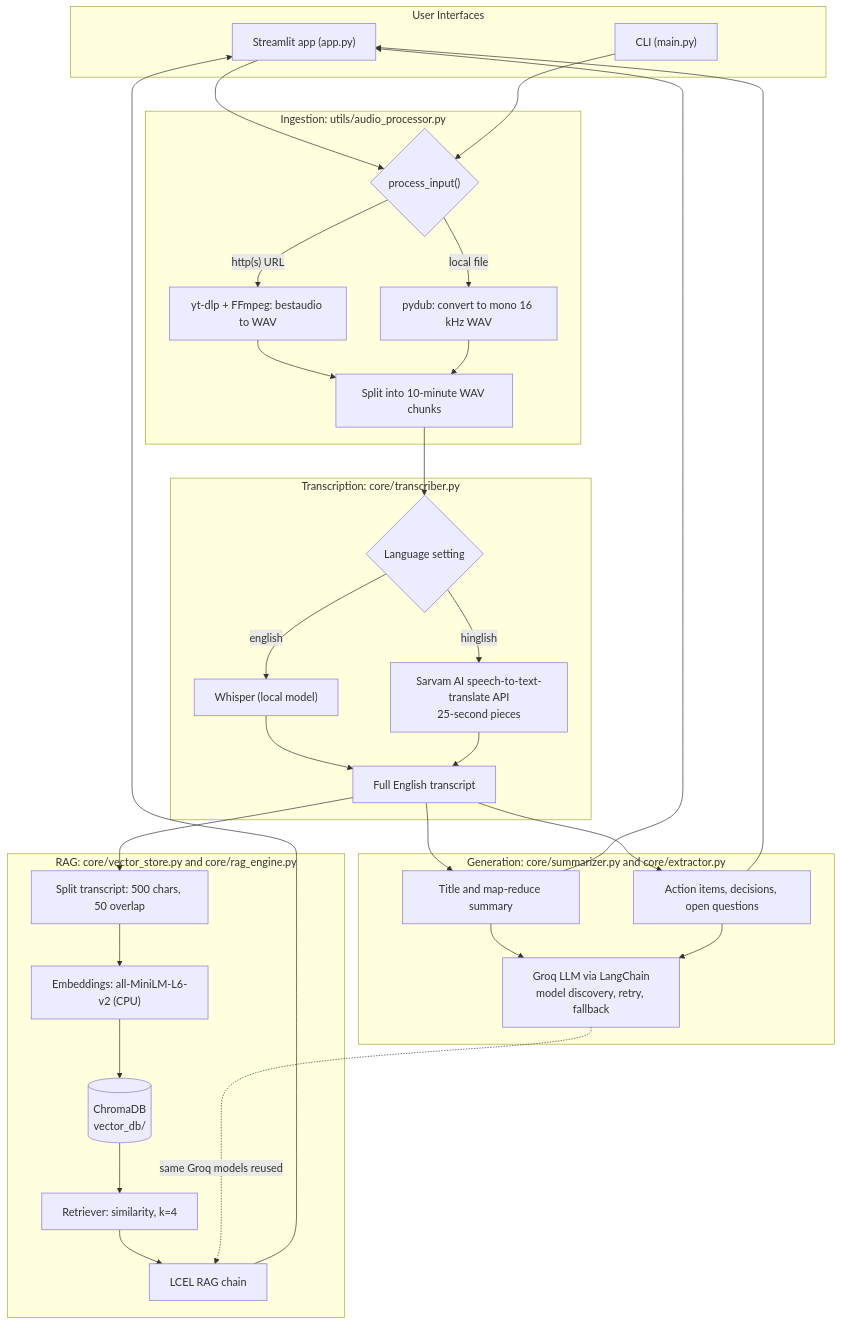
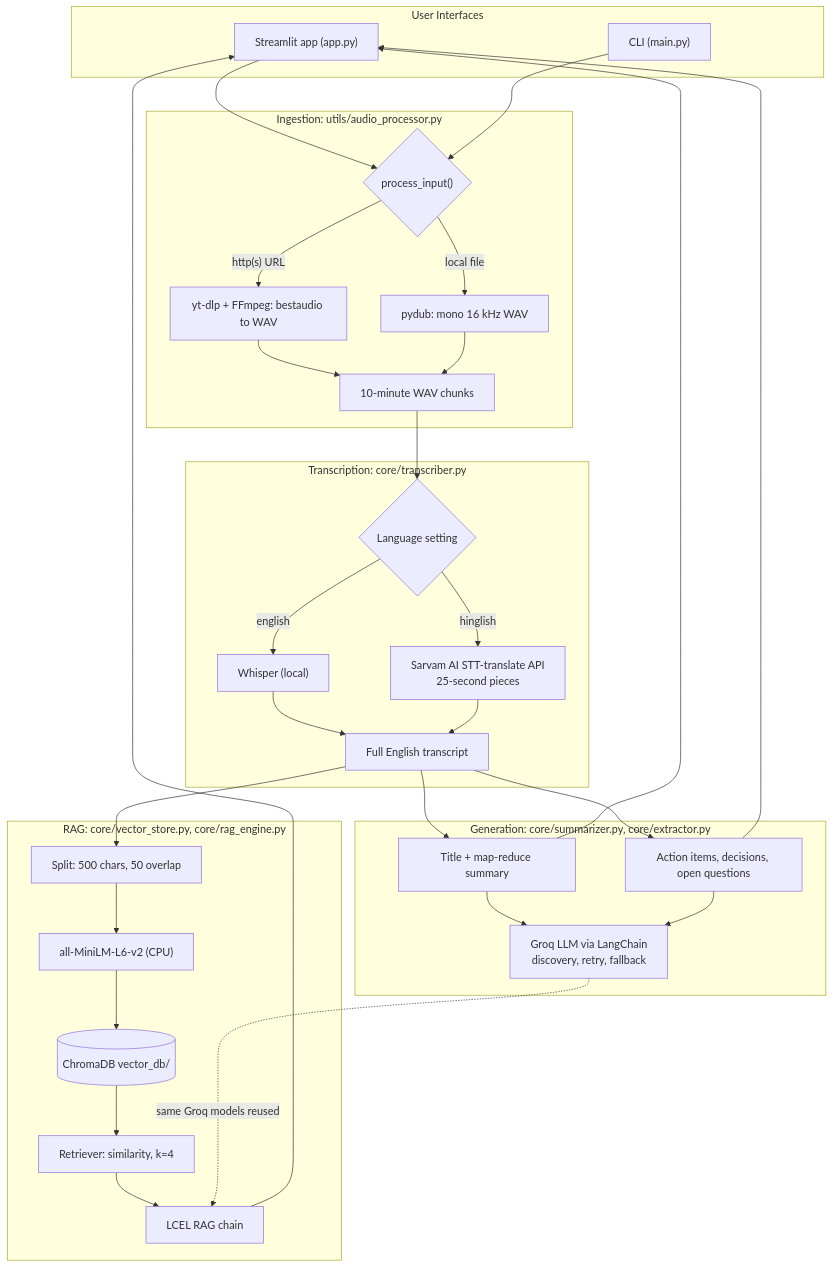
One commit to naveenkumar-analytics/AI-Video-Assistant changed the first of 3 diagrams in Readme.md. Above: the diagram before and after it, drawn with Mermaid. The commit also changed other lines of this file, not shown here.

````diff
--- a/Readme.md
+++ b/Readme.md
@@ -147,63 +51,49 @@
 ```mermaid
 flowchart TB
     subgraph UI["User Interfaces"]
         A["Streamlit app (app.py)"]
         B["CLI (main.py)"]
     end
-
     subgraph ING["Ingestion: utils/audio_processor.py"]
         P{"process_input()"}
         C["yt-dlp + FFmpeg: bestaudio to WAV"]
-        D["pydub: convert to mono 16 kHz WAV"]
-        E["Split into 10-minute WAV chunks"]
+        D["pydub: mono 16 kHz WAV"]
+        E["10-minute WAV chunks"]
     end
-
     subgraph STT["Transcription: core/transcriber.py"]
         L{"Language setting"}
-        W["Whisper (local model)"]
-        S["Sarvam AI speech-to-text-translate API<br/>25-second pieces"]
+        W["Whisper (local)"]
+        S["Sarvam AI STT-translate API<br/>25-second pieces"]
         T["Full English transcript"]
     end
-
-    subgraph GEN["Generation: core/summarizer.py and core/extractor.py"]
-        G["Groq LLM via LangChain<br/>model discovery, retry, fallback"]
-        SUM["Title and map-reduce summary"]
+    subgraph GEN["Generation: core/summarizer.py, core/extractor.py"]
+        G["Groq LLM via LangChain<br/>discovery, retry, fallback"]
+        SUM["Title + map-reduce summary"]
         EXT["Action items, decisions, open questions"]
     end
-
-    subgraph RAG["RAG: core/vector_store.py and core/rag_engine.py"]
-        SP["Split transcript: 500 chars, 50 overlap"]
-        EMB["Embeddings: all-MiniLM-L6-v2 (CPU)"]
-        DB[("ChromaDB<br/>vector_db/")]
+    subgraph RAG["RAG: core/vector_store.py, core/rag_engine.py"]
+        SP["Split: 500 chars, 50 overlap"]
+        EMB["all-MiniLM-L6-v2 (CPU)"]
+        DB[("ChromaDB vector_db/")]
         RT["Retriever: similarity, k=4"]
         CH["LCEL RAG chain"]
     end
-
     A --> P
     B --> P
     P -->|"http(s) URL"| C
     P -->|"local file"| D
     C --> E
     D --> E
     E --> L
     L -->|"english"| W
     L -->|"hinglish"| S
     W --> T
     S --> T
-
-    T --> SUM
-    T --> EXT
-    SUM --> G
-    EXT --> G
-
-    T --> SP
-    SP --> EMB
-    EMB --> DB
-    DB --> RT
-    RT --> CH
+    T --> SUM --> G
+    T --> EXT --> G
+    T --> SP --> EMB --> DB --> RT --> CH
     G -.->|"same Groq models reused"| CH
-
     SUM --> A
     EXT --> A
     CH --> A
 ```
````
